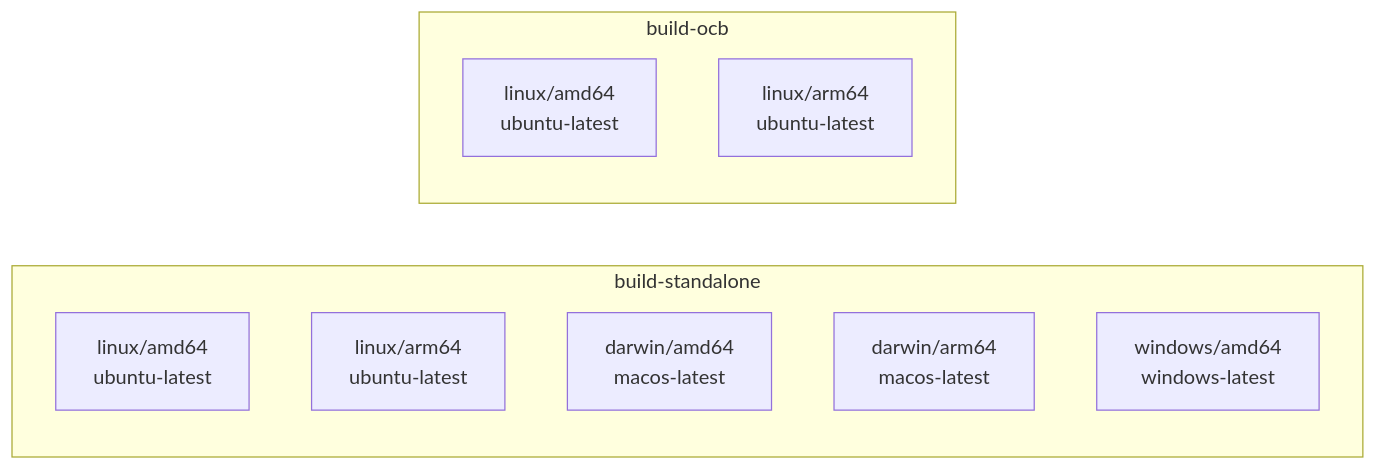
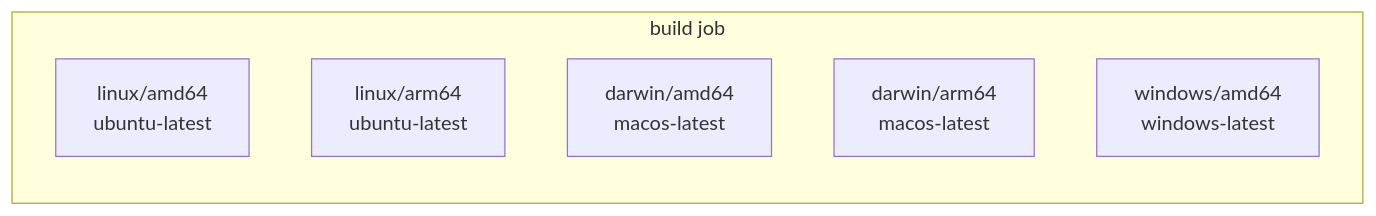
Before and after one commit to telemetryflow/telemetryflow-collector: the third of 13 diagrams in docs/GITHUB-WORKFLOWS.md, drawn with Mermaid. The commit also changed other lines of this file and 126 other files, not shown here.

````diff
--- a/docs/GITHUB-WORKFLOWS.md
+++ b/docs/GITHUB-WORKFLOWS.md
@@ -260,15 +109,10 @@
 ```mermaid
 flowchart LR
-    subgraph "build-standalone"
+    subgraph "build job"
         S1[linux/amd64<br/>ubuntu-latest]
         S2[linux/arm64<br/>ubuntu-latest]
         S3[darwin/amd64<br/>macos-latest]
         S4[darwin/arm64<br/>macos-latest]
         S5[windows/amd64<br/>windows-latest]
     end
-
-    subgraph "build-ocb"
-        O1[linux/amd64<br/>ubuntu-latest]
-        O2[linux/arm64<br/>ubuntu-latest]
-    end
 ```
````
